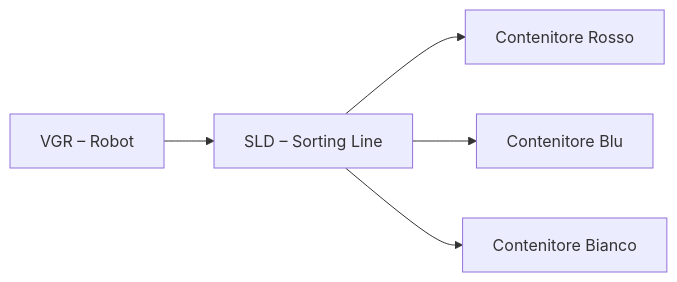
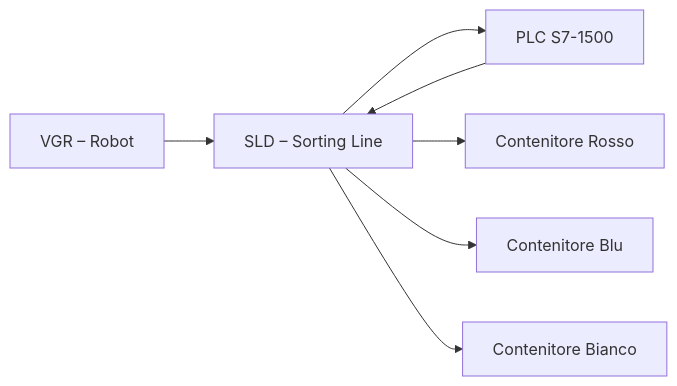
The diagram in microfactory-fischertechnik/02_Componenti_Hardware/02.4_SLD_Sorting_Line_Detection.md.md (Youss-elji/my-vault), drawn with Mermaid before and after one commit. The commit also changed other lines of this file and 15 other files, not shown here.

````diff
--- a/microfactory-fischertechnik/02_Componenti_Hardware/02.4_SLD_Sorting_Line_Detection.md.md
+++ b/microfactory-fischertechnik/02_Componenti_Hardware/02.4_SLD_Sorting_Line_Detection.md.md
@@ -57,13 +65,17 @@
 ```mermaid
 flowchart LR
-  VGR["VGR – Robot"]
-  SLD["SLD – Sorting Line"]
-  OUT_R["Contenitore Rosso"]
-  OUT_B["Contenitore Blu"]
-  OUT_W["Contenitore Bianco"]
+  VGR["VGR – Robot"]
+  PLC["PLC S7-1500"]
+  SLD["SLD – Sorting Line"]
+  OUT_R["Contenitore Rosso"]
+  OUT_B["Contenitore Blu"]
+  OUT_W["Contenitore Bianco"]
 
-  VGR --> SLD
-  SLD --> OUT_R
-  SLD --> OUT_B
-  SLD --> OUT_W
+  VGR --> SLD
+  SLD --> PLC
+  PLC --> SLD
+  SLD --> OUT_R
+  SLD --> OUT_B
+  SLD --> OUT_W
+
 ```
````
